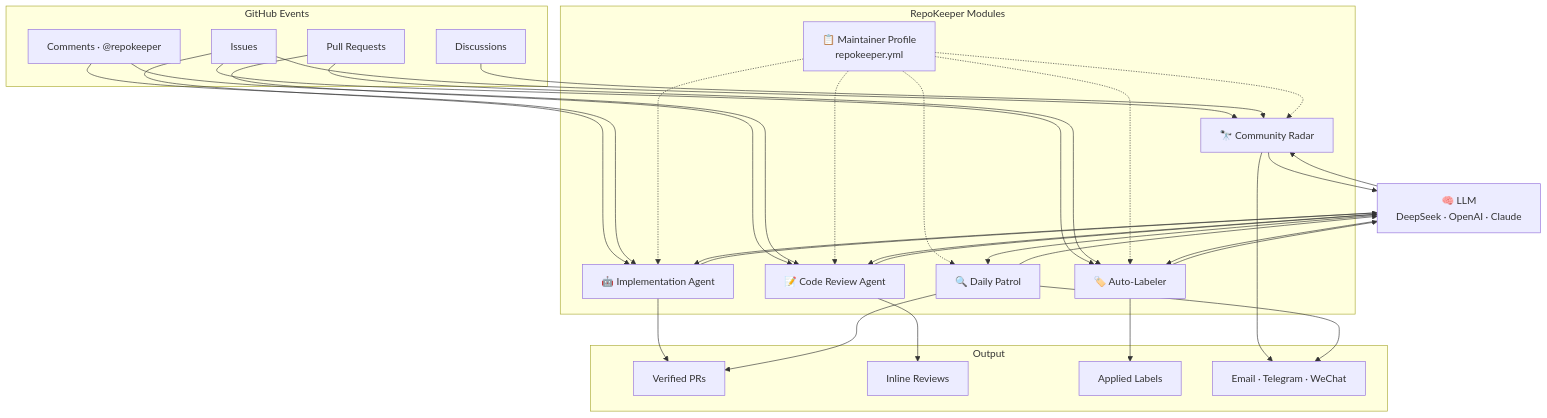
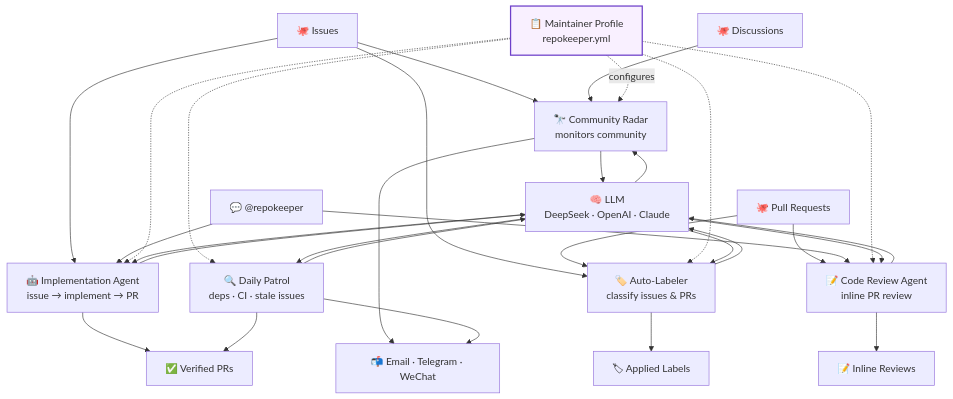
One commit to shenxianpeng/repokeeper changed the diagram in README.md. Above: the diagram before and after it, drawn with Mermaid.

Commit message:
docs: redesign architecture diagram for vertical flow
Use flowchart TD without subgraphs to maximize vertical space.
Add concise one-line descriptions to each module. Style the
Maintainer Profile node with a distinct color via classDef.
Use & operator for cleaner multi-target edge syntax.

````diff
--- a/README.md
+++ b/README.md
@@ -55,61 +55,43 @@
 ```mermaid
-flowchart TB
-    subgraph GitHub[" GitHub Events "]
-        issues["Issues"]
-        prs["Pull Requests"]
-        disc["Discussions"]
-        comments["Comments · @repokeeper"]
-    end
+flowchart TD
+    issues["🐙 Issues"]
+    prs["🐙 Pull Requests"]
+    disc["🐙 Discussions"]
+    comments["💬 @repokeeper"]
 
-    subgraph RepoKeeper[" RepoKeeper Modules "]
-        profile["📋 Maintainer Profile<br/>repokeeper.yml"]
+    profile["📋 Maintainer Profile<br/>repokeeper.yml"]:::config
 
-        radar["🔭 Community Radar"]
-        patrol["🔍 Daily Patrol"]
-        agent["🤖 Implementation Agent"]
-        labeler["🏷️ Auto-Labeler"]
-        reviewer["📝 Code Review Agent"]
-    end
+    radar["🔭 Community Radar<br/>monitors community"]
+    patrol["🔍 Daily Patrol<br/>deps · CI · stale issues"]
+    agent["🤖 Implementation Agent<br/>issue → implement → PR"]
+    labeler["🏷️ Auto-Labeler<br/>classify issues & PRs"]
+    reviewer["📝 Code Review Agent<br/>inline PR review"]
 
     llm["🧠 LLM<br/>DeepSeek · OpenAI · Claude"]
 
-    subgraph Output[" Output "]
-        newpr["Verified PRs"]
-        review["Inline Reviews"]
-        applied["Applied Labels"]
-        notify["Email · Telegram · WeChat"]
-    end
+    newpr["✅ Verified PRs"]
+    review["📝 Inline Reviews"]
+    applied["🏷 Applied Labels"]
+    notify["📬 Email · Telegram · WeChat"]
 
-    issues --> radar
-    issues --> agent
-    issues --> labeler
+    issues --> radar & agent & labeler
+    prs --> reviewer & labeler
     disc --> radar
-    prs --> reviewer
-    prs --> labeler
-    comments --> agent
-    comments --> reviewer
+    comments --> agent & reviewer
 
-    profile -.-> radar
+    profile -. "configures" .-> radar
     profile -.-> patrol
     profile -.-> agent
     profile -.-> labeler
     profile -.-> reviewer
 
-    radar --> llm
-    patrol --> llm
-    agent --> llm
-    labeler --> llm
-    reviewer --> llm
-    llm --> radar
-    llm --> patrol
-    llm --> agent
-    llm --> labeler
-    llm --> reviewer
+    radar & patrol & agent & labeler & reviewer --> llm
+    llm --> radar & patrol & agent & labeler & reviewer
 
-    agent --> newpr
-    patrol --> newpr
+    agent & patrol --> newpr
     reviewer --> review
     labeler --> applied
-    radar --> notify
-    patrol --> notify
+    radar & patrol --> notify
+
+    classDef config fill:#f9f0ff,stroke:#6e40c9,stroke-width:2px
 ```
````
